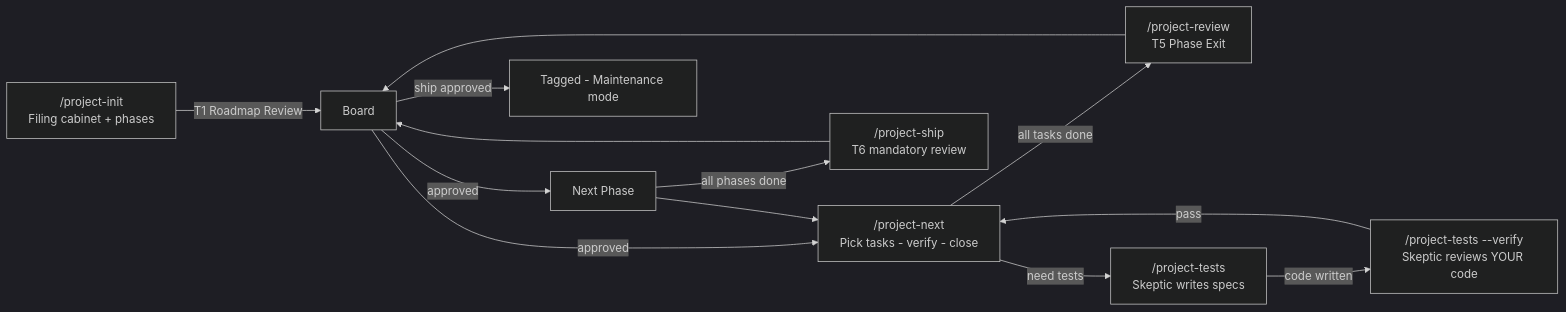
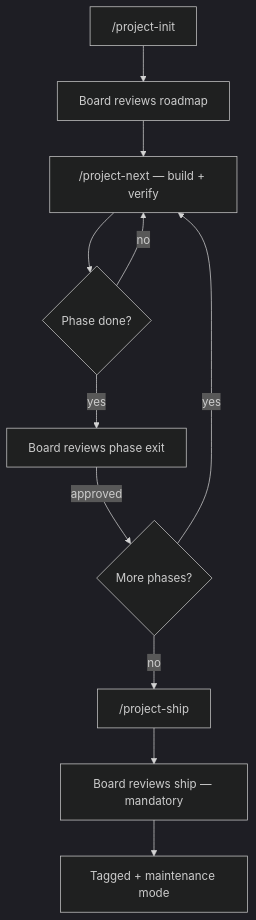
Before and after one commit to stefans71/FrontierBoard: the third of 3 diagrams in README.md, drawn with Mermaid (dark theme).

Commit message:
docs: simplify lifecycle diagram — fewer nodes, top-down layout, readable on GitHub

````diff
--- a/README.md
+++ b/README.md
@@ -178,15 +178,13 @@
 ```mermaid
-graph LR
-    A["/project-init<br/>Filing cabinet + phases"] -->|T1 Roadmap Review| B["Board"]
-    B -->|approved| C["/project-next<br/>Pick tasks - verify - close"]
-    C -->|all tasks done| D["/project-review<br/>T5 Phase Exit"]
-    D --> B
-    B -->|approved| E["Next Phase"]
-    E --> C
-    C -->|need tests| F["/project-tests<br/>Skeptic writes specs"]
-    F -->|code written| G["/project-tests --verify<br/>Skeptic reviews YOUR code"]
-    G -->|pass| C
-    E -->|all phases done| H["/project-ship<br/>T6 mandatory review"]
-    H --> B
-    B -->|ship approved| I["Tagged - Maintenance mode"]
+graph TD
+    A["/project-init"] --> B["Board reviews roadmap"]
+    B --> C["/project-next — build + verify"]
+    C --> D{"Phase done?"}
+    D -->|no| C
+    D -->|yes| E["Board reviews phase exit"]
+    E -->|approved| F{"More phases?"}
+    F -->|yes| C
+    F -->|no| G["/project-ship"]
+    G --> H["Board reviews ship — mandatory"]
+    H --> I["Tagged + maintenance mode"]
 ```
````
